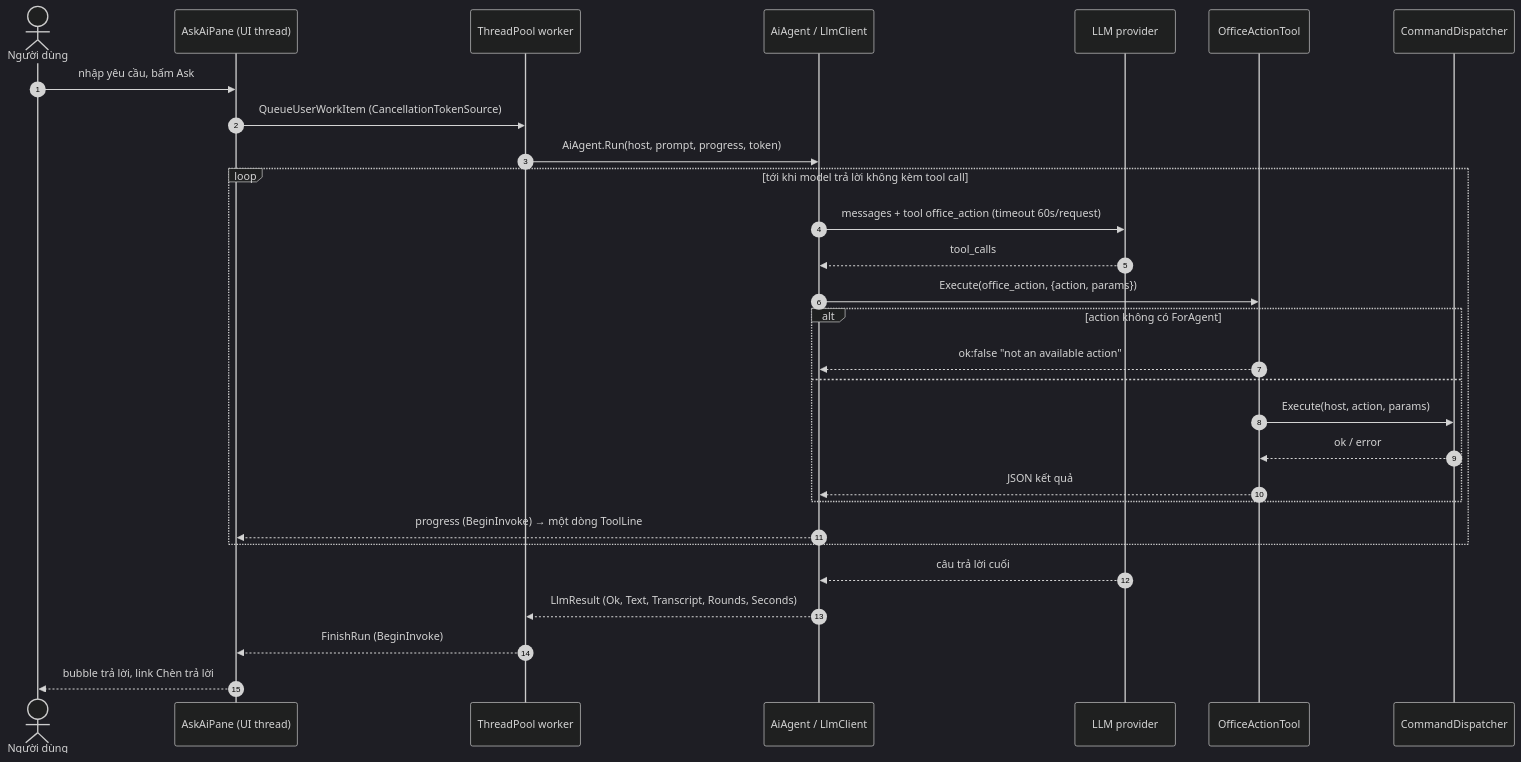
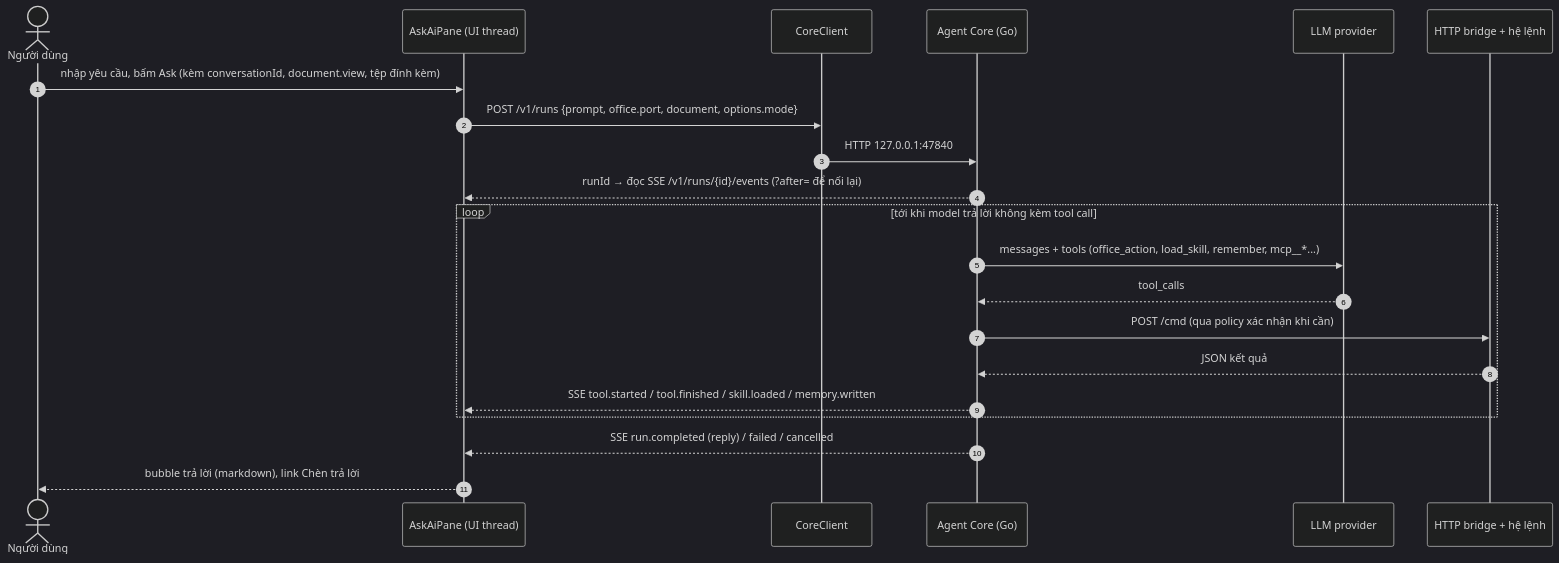
One commit to rgb-vgx/Axiom-Office changed diagram 12 of 20 in ARCHITECTURE.MD. Above: the diagram before and after it, drawn with Mermaid (dark theme). The commit also changed other lines of this file, not shown here.

First line of the commit message:
Tài liệu: cập nhật ARCHITECTURE.MD theo Core Go, LibreOffice và WPS Linux

````diff
--- a/ARCHITECTURE.MD
+++ b/ARCHITECTURE.MD
@@ -808,32 +850,24 @@
 ```mermaid
 sequenceDiagram
     autonumber
     actor U as Người dùng
     participant P as AskAiPane (UI thread)
-    participant W as ThreadPool worker
-    participant AG as AiAgent / LlmClient
+    participant C as CoreClient
+    participant CO as Agent Core (Go)
     participant L as LLM provider
-    participant T as OfficeActionTool
-    participant D as CommandDispatcher
+    participant B as HTTP bridge + hệ lệnh
 
-    U->>P: nhập yêu cầu, bấm Ask
-    P->>W: QueueUserWorkItem (CancellationTokenSource)
-    W->>AG: AiAgent.Run(host, prompt, progress, token)
+    U->>P: nhập yêu cầu, bấm Ask (kèm conversationId, document.view, tệp đính kèm)
+    P->>C: POST /v1/runs {prompt, office.port, document, options.mode}
+    C->>CO: HTTP 127.0.0.1:47840
+    CO-->>P: runId → đọc SSE /v1/runs/{id}/events (?after= để nối lại)
     loop tới khi model trả lời không kèm tool call
-        AG->>L: messages + tool office_action (timeout 60s/request)
-        L-->>AG: tool_calls
-        AG->>T: Execute(office_action, {action, params})
-        alt action không có ForAgent
-            T-->>AG: ok:false "not an available action"
-        else
-            T->>D: Execute(host, action, params)
-            D-->>T: ok / error
-            T-->>AG: JSON kết quả
-        end
-        AG-->>P: progress (BeginInvoke) → một dòng ToolLine
+        CO->>L: messages + tools (office_action, load_skill, remember, mcp__*...)
+        L-->>CO: tool_calls
+        CO->>B: POST /cmd (qua policy xác nhận khi cần)
+        B-->>CO: JSON kết quả
+        CO-->>P: SSE tool.started / tool.finished / skill.loaded / memory.written
     end
-    L-->>AG: câu trả lời cuối
-    AG-->>W: LlmResult (Ok, Text, Transcript, Rounds, Seconds)
-    W-->>P: FinishRun (BeginInvoke)
-    P-->>U: bubble trả lời, link Chèn trả lời
+    CO-->>P: SSE run.completed (reply) / failed / cancelled
+    P-->>U: bubble trả lời (markdown), link Chèn trả lời
 ```
````
